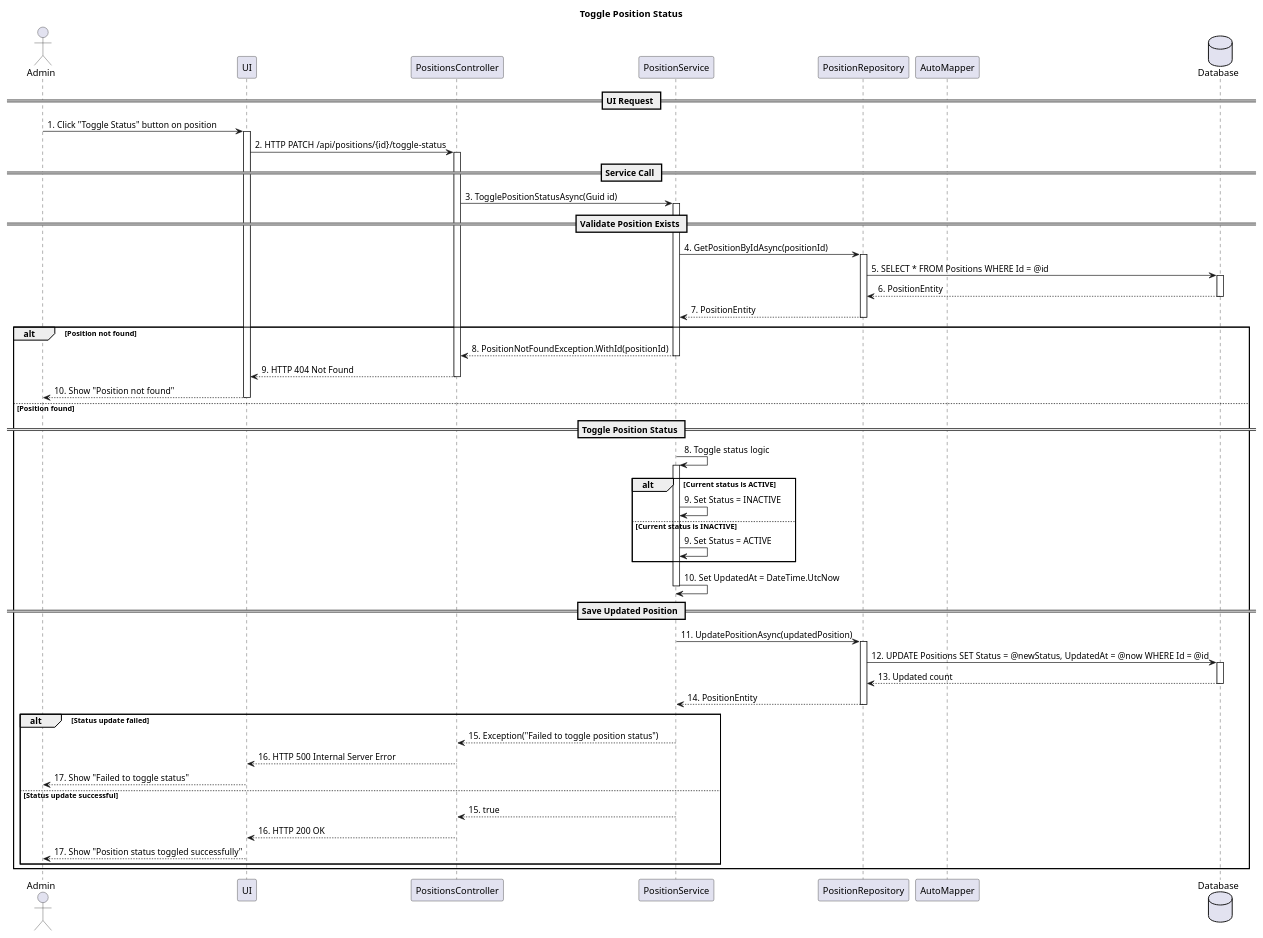
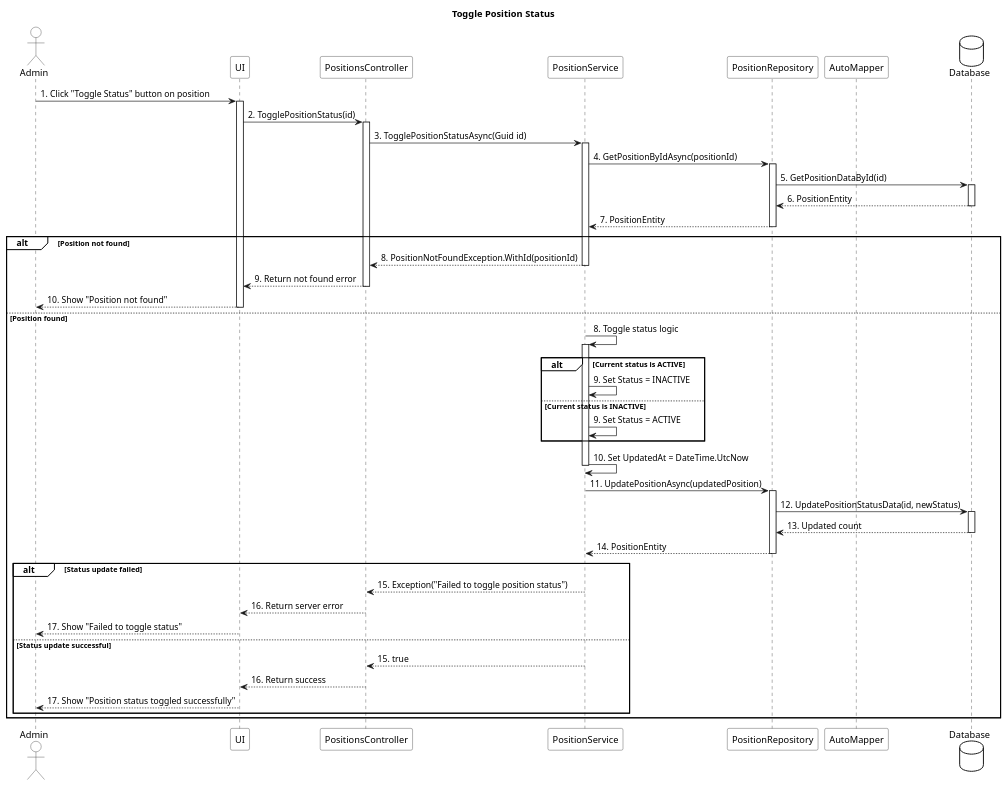
One commit to Capstone-FA25-MABS/BookingCareSystemBackend changed the diagram in src/Services/BookingCare.Services.Doctor/sequence-diagrams/position/toggle_position_status_sequence_diagram.puml. Above: the diagram before and after it, drawn with PlantUML. The commit also changed 32 other files, not shown here.

Commit message:
[FIX] update code sequence diagram and class diagram

```diff
--- a/src/Services/BookingCare.Services.Doctor/sequence-diagrams/position/toggle_position_status_sequence_diagram.puml
+++ b/src/Services/BookingCare.Services.Doctor/sequence-diagrams/position/toggle_position_status_sequence_diagram.puml
@@ -1,81 +1,83 @@
 @startuml
 title Toggle Position Status
+
+skinparam backgroundColor White
+skinparam sequenceParticipantBackgroundColor White
+skinparam sequenceActorBackgroundColor White
+skinparam sequenceLifeLineBackgroundColor White
+skinparam databaseBackgroundColor White
+skinparam sequenceGroupBackgroundColor White
 
 actor Admin
 participant UI
 participant PositionsController
 participant PositionService
 participant PositionRepository
 participant AutoMapper
 database Database
 
-== UI Request ==
 Admin -> UI : 1. Click "Toggle Status" button on position
 activate UI
-UI -> PositionsController : 2. HTTP PATCH /api/positions/{id}/toggle-status
+UI -> PositionsController : 2. TogglePositionStatus(id)
 activate PositionsController
 
-== Service Call ==
 PositionsController -> PositionService : 3. TogglePositionStatusAsync(Guid id)
 activate PositionService
 
-== Validate Position Exists ==
 PositionService -> PositionRepository : 4. GetPositionByIdAsync(positionId)
 activate PositionRepository
-PositionRepository -> Database : 5. SELECT * FROM Positions WHERE Id = @id
+PositionRepository -> Database : 5. GetPositionDataById(id)
 activate Database
 Database --> PositionRepository : 6. PositionEntity
 deactivate Database
 PositionRepository --> PositionService : 7. PositionEntity
 deactivate PositionRepository
 
 alt Position not found
     PositionService --> PositionsController : 8. PositionNotFoundException.WithId(positionId)
     deactivate PositionService
-    PositionsController --> UI : 9. HTTP 404 Not Found
+    PositionsController --> UI : 9. Return not found error
     deactivate PositionsController
     UI --> Admin : 10. Show "Position not found"
     deactivate UI
 else Position found
 
-    == Toggle Position Status ==
     PositionService -> PositionService : 8. Toggle status logic
     activate PositionService
     alt Current status is ACTIVE
         PositionService -> PositionService : 9. Set Status = INACTIVE
     else Current status is INACTIVE
         PositionService -> PositionService : 9. Set Status = ACTIVE
     end
     PositionService -> PositionService : 10. Set UpdatedAt = DateTime.UtcNow
     deactivate PositionService
 
-    == Save Updated Position ==
     PositionService -> PositionRepository : 11. UpdatePositionAsync(updatedPosition)
     activate PositionRepository
-    PositionRepository -> Database : 12. UPDATE Positions SET Status = @newStatus, UpdatedAt = @now WHERE Id = @id
+    PositionRepository -> Database : 12. UpdatePositionStatusData(id, newStatus)
     activate Database
     Database --> PositionRepository : 13. Updated count
     deactivate Database
     PositionRepository --> PositionService : 14. PositionEntity
     deactivate PositionRepository
 
     alt Status update failed
         PositionService --> PositionsController : 15. Exception("Failed to toggle position status")
         deactivate PositionService
-        PositionsController --> UI : 16. HTTP 500 Internal Server Error
+        PositionsController --> UI : 16. Return server error
         deactivate PositionsController
         UI --> Admin : 17. Show "Failed to toggle status"
         deactivate UI
     else Status update successful
         PositionService --> PositionsController : 15. true
         deactivate PositionService
 
-        PositionsController --> UI : 16. HTTP 200 OK
+        PositionsController --> UI : 16. Return success
         deactivate PositionsController
 
         UI --> Admin : 17. Show "Position status toggled successfully"
         deactivate UI
     end
 end
 
 @enduml
```
